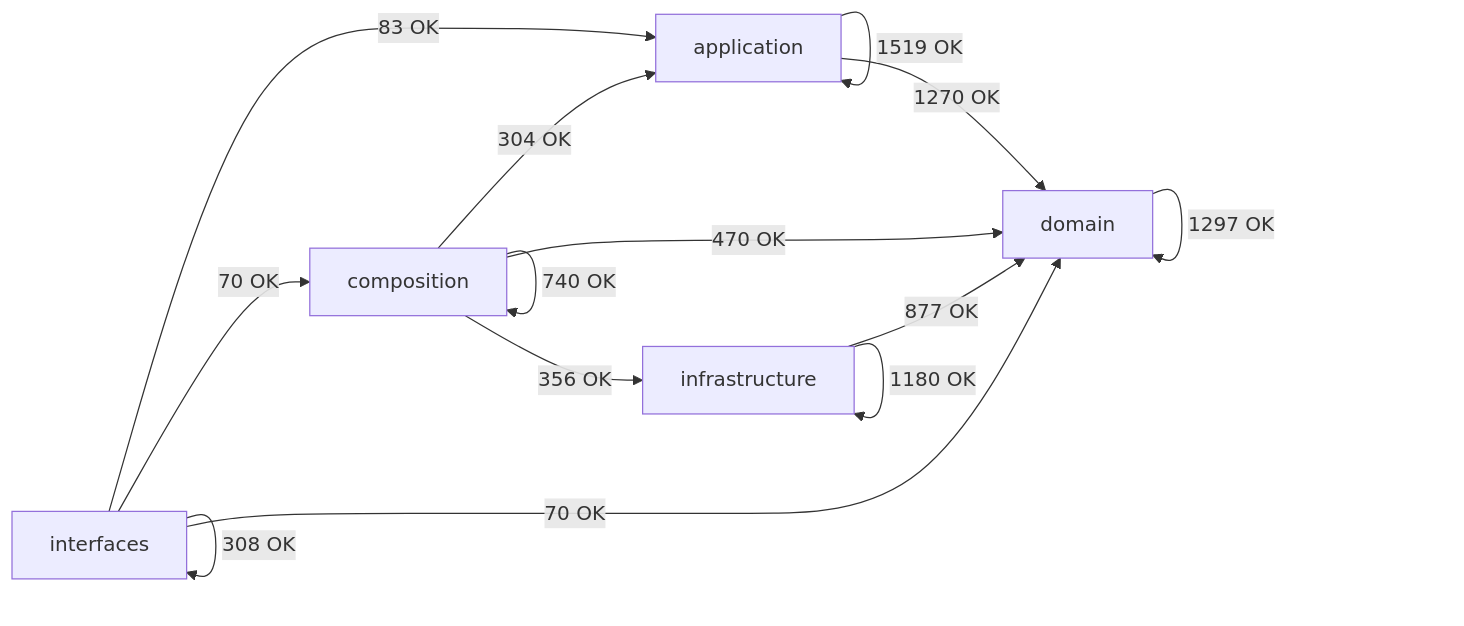
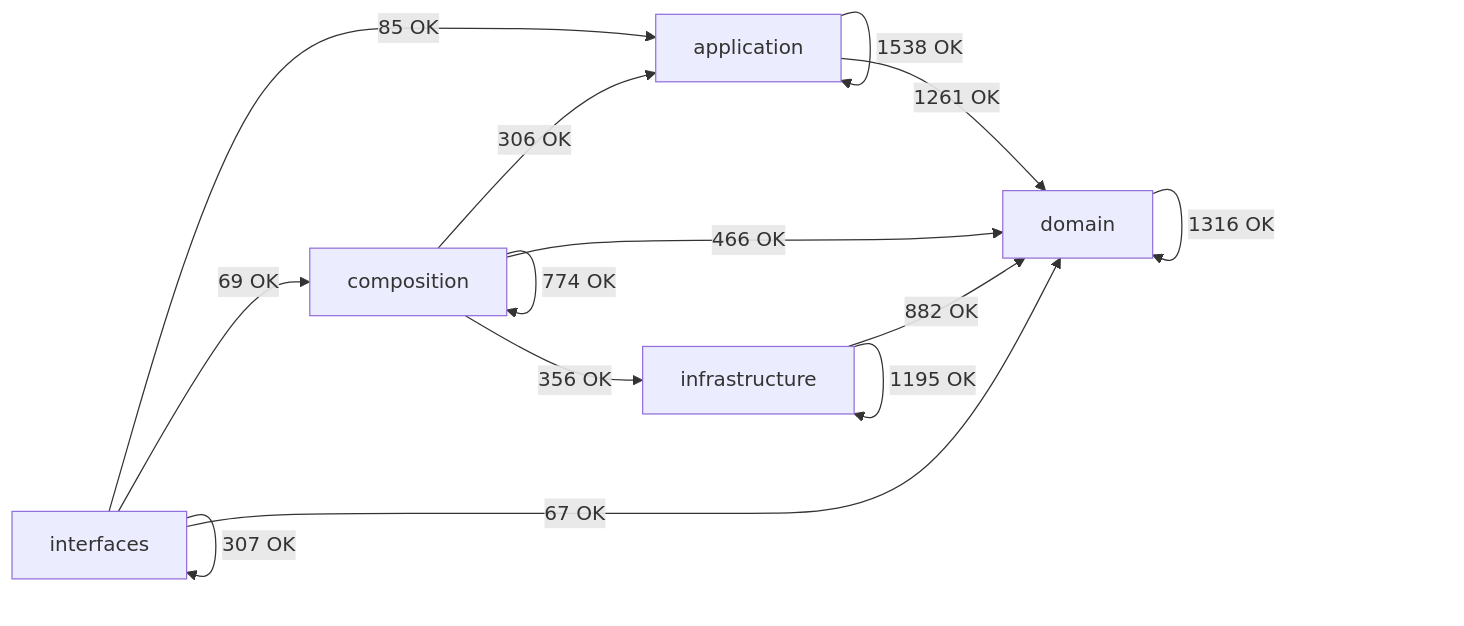
The diagram in docs/02-architecture/generated/module-dependency-map.md (SatoryKono/BioactivityDataAcquisition), drawn with Mermaid before and after one commit. The commit also changed other lines of this file and 46 other files, not shown here.

````diff
--- a/docs/02-architecture/generated/module-dependency-map.md
+++ b/docs/02-architecture/generated/module-dependency-map.md
@@ -17,21 +17,21 @@
 ```mermaid
 flowchart LR
     domain[domain]
     application[application]
     infrastructure[infrastructure]
     composition[composition]
     interfaces[interfaces]
-    application -->|1519 OK| application
-    application -->|1270 OK| domain
-    composition -->|304 OK| application
-    composition -->|740 OK| composition
-    composition -->|470 OK| domain
+    application -->|1538 OK| application
+    application -->|1261 OK| domain
+    composition -->|306 OK| application
+    composition -->|774 OK| composition
+    composition -->|466 OK| domain
     composition -->|356 OK| infrastructure
-    domain -->|1297 OK| domain
-    infrastructure -->|877 OK| domain
-    infrastructure -->|1180 OK| infrastructure
-    interfaces -->|83 OK| application
-    interfaces -->|70 OK| composition
-    interfaces -->|70 OK| domain
-    interfaces -->|308 OK| interfaces
+    domain -->|1316 OK| domain
+    infrastructure -->|882 OK| domain
+    infrastructure -->|1195 OK| infrastructure
+    interfaces -->|85 OK| application
+    interfaces -->|69 OK| composition
+    interfaces -->|67 OK| domain
+    interfaces -->|307 OK| interfaces
 ```
````
